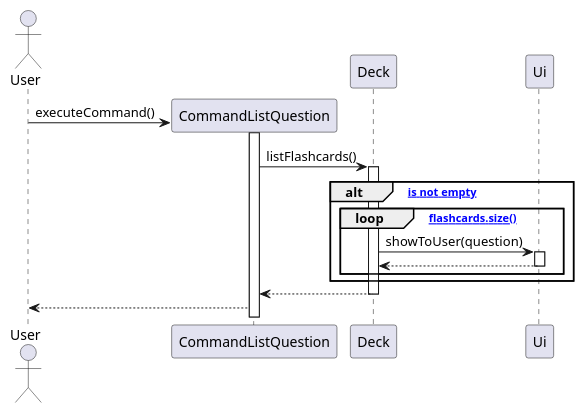
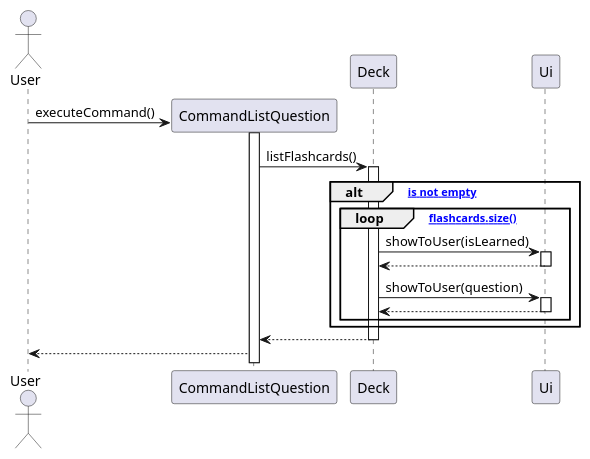
Before and after one commit to felfelyuen/tp: the diagram in docs/diagrams/ListSequenceDiagram.puml, drawn with PlantUML. The commit also changed 12 other files, not shown here.

```diff
--- a/docs/diagrams/ListSequenceDiagram.puml
+++ b/docs/diagrams/ListSequenceDiagram.puml
@@ -1,17 +1,19 @@
 @startuml
 
 actor User
 User -> CommandListQuestion **: executeCommand()
 CommandListQuestion++
 CommandListQuestion -> Deck++: listFlashcards()
 alt [deck is not empty]
 loop [flashcards.size()]
+    Deck -> Ui++: showToUser(isLearned)
+    return
     Deck -> Ui++: showToUser(question)
     return
 end
 end
 return
 CommandListQuestion --> User
 
 
 @enduml
```
